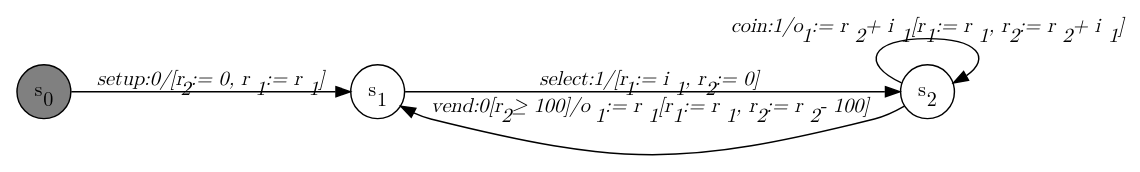
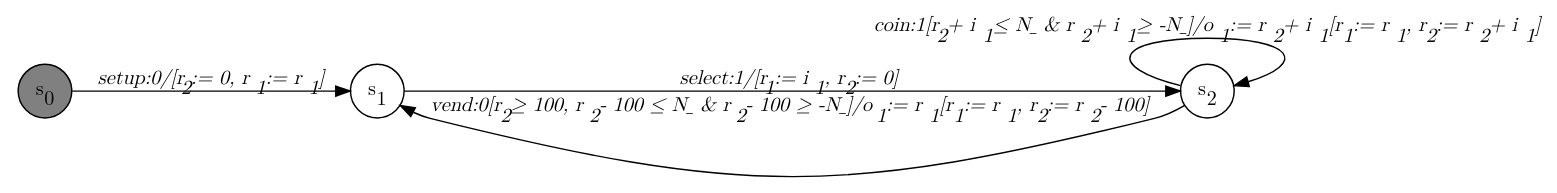
Before and after one commit to jmafoster1/efsm-sal: the diagram in dotfiles/Drinks_Machine_Payforward.dot, drawn with Graphviz. The commit also changed 51 other files, not shown here.

```diff
--- a/dotfiles/Drinks_Machine_Payforward.dot
+++ b/dotfiles/Drinks_Machine_Payforward.dot
@@ -1,14 +1,14 @@
 digraph Drinks_Machine_Payforward{
-   graph [rankdir="LR", fontname="Latin Modern Math"];
-   node [color="black", fillcolor="white", shape="circle", style="filled", fontname="Latin Modern Math"];
-   edge [fontname="Latin Modern Math"];
+    graph [rankdir="LR", fontname="Latin Modern Math"];
+    node [color="black", fillcolor="white", shape="circle", style="filled", fontname="Latin Modern Math"];
+    edge [fontname="Latin Modern Math"];
 
-   s0[fillcolor="gray", label=<s<sub>0</sub>>];
-   s1[label=<s<sub>1</sub>>];
-   s2[label=<s<sub>2</sub>>];
+    s0[fillcolor="gray", label=<s<sub>0</sub>>];
+    s1[label=<s<sub>1</sub>>];
+    s2[label=<s<sub>2</sub>>];
 
-   s1->s2[label=<<i>select:1/&#91;r<sub>1</sub> := i<sub>1</sub>, r<sub>2</sub> := 0&#93;</i>>];
-   s2->s2[label=<<i>coin:1/o<sub>1</sub> := r<sub>2</sub> + i<sub>1</sub>&#91;r<sub>1</sub> := r<sub>1</sub>, r<sub>2</sub> := r<sub>2</sub> + i<sub>1</sub>&#93;</i>>];
-   s0->s1[label=<<i>setup:0/&#91;r<sub>2</sub> := 0, r<sub>1</sub> := r<sub>1</sub>&#93;</i>>];
-   s2->s1[label=<<i>vend:0&#91;r<sub>2</sub> &ge; 100&#93;/o<sub>1</sub> := r<sub>1</sub>&#91;r<sub>1</sub> := r<sub>1</sub>, r<sub>2</sub> := r<sub>2</sub> - 100&#93;</i>>];
+    s1->s2[label=<<i>select:1/&#91;r<sub>1</sub> := i<sub>1</sub>, r<sub>2</sub> := 0&#93;</i>>];
+    s2->s2[label=<<i>coin:1&#91;r<sub>2</sub> + i<sub>1</sub> &le; N_ &amp; r<sub>2</sub> + i<sub>1</sub> &ge; -N_&#93;/o<sub>1</sub> := r<sub>2</sub> + i<sub>1</sub>&#91;r<sub>1</sub> := r<sub>1</sub>, r<sub>2</sub> := r<sub>2</sub> + i<sub>1</sub>&#93;</i>>];
+    s0->s1[label=<<i>setup:0/&#91;r<sub>2</sub> := 0, r<sub>1</sub> := r<sub>1</sub>&#93;</i>>];
+    s2->s1[label=<<i>vend:0&#91;r<sub>2</sub> &ge; 100, r<sub>2</sub> - 100 &le; N_ &amp; r<sub>2</sub> - 100 &ge; -N_&#93;/o<sub>1</sub> := r<sub>1</sub>&#91;r<sub>1</sub> := r<sub>1</sub>, r<sub>2</sub> := r<sub>2</sub> - 100&#93;</i>>];
 }
```
